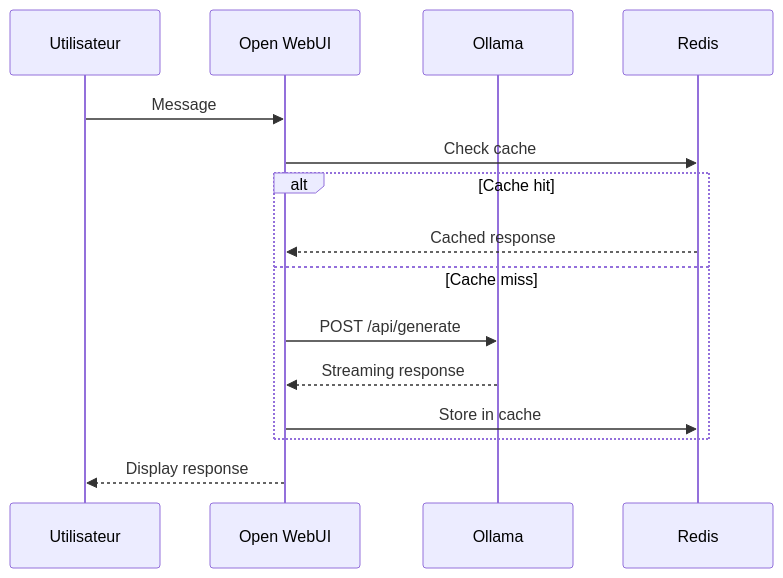
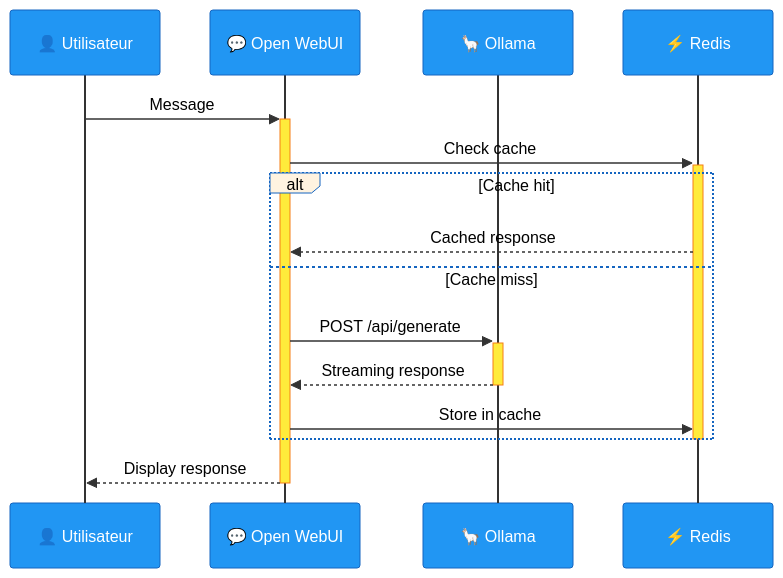
Before and after one commit to MPFabio/Stack-IA: the third of 14 diagrams in docs/ARCHITECTURE.md, drawn with Mermaid. The commit also changed other lines of this file, not shown here.

Commit message:
fix(docs): Fond blanc + couleurs vives pour tous les diagrammes
- Fond blanc (#ffffff) sur tous les diagrammes de séquence
- Acteurs avec couleurs vives (vert, violet, orange, bleu)
- Lignes acteurs en gris foncé (#333) pour visibilité
- Numéros de séquence en noir
- Zone alt en gris clair (#f5f5f5)
- Activations en jaune (#ffeb3b)
- Parfait pour mode sombre GitHub

````diff
--- a/docs/ARCHITECTURE.md
+++ b/docs/ARCHITECTURE.md
@@ -183,18 +183,20 @@
 ```mermaid
+%%{init: {'theme':'base', 'themeVariables': {'background':'#ffffff','mainBkg':'#ffffff','actorBkg':'#2196F3','actorBorder':'#1565c0','actorTextColor':'#fff','actorLineColor':'#333','noteBkgColor':'#e8f5e9','noteTextColor':'#000','noteBorderColor':'#4caf50','signalColor':'#333','signalTextColor':'#000','labelBoxBkgColor':'#fff3e0','labelTextColor':'#000','loopTextColor':'#000','altBkgColor':'#f5f5f5','activationBkgColor':'#ffeb3b','activationBorderColor':'#f57f17','sequenceNumberColor':'#000'}}}%%
 sequenceDiagram
-    participant U as Utilisateur
-    participant W as Open WebUI
-    participant O as Ollama
-    participant R as Redis
+    participant U as 👤 Utilisateur
+    participant W as 💬 Open WebUI
+    participant O as 🦙 Ollama
+    participant R as ⚡ Redis
     
-    U->>W: Message
-    W->>R: Check cache
+    U->>+W: Message
+    W->>+R: Check cache
     alt Cache hit
         R-->>W: Cached response
     else Cache miss
-        W->>O: POST /api/generate
-        O-->>W: Streaming response
+        W->>+O: POST /api/generate
+        O-->>-W: Streaming response
         W->>R: Store in cache
     end
-    W-->>U: Display response
+    deactivate R
+    W-->>-U: Display response
 ```
````
